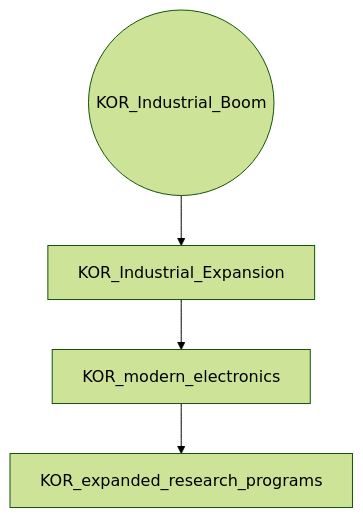
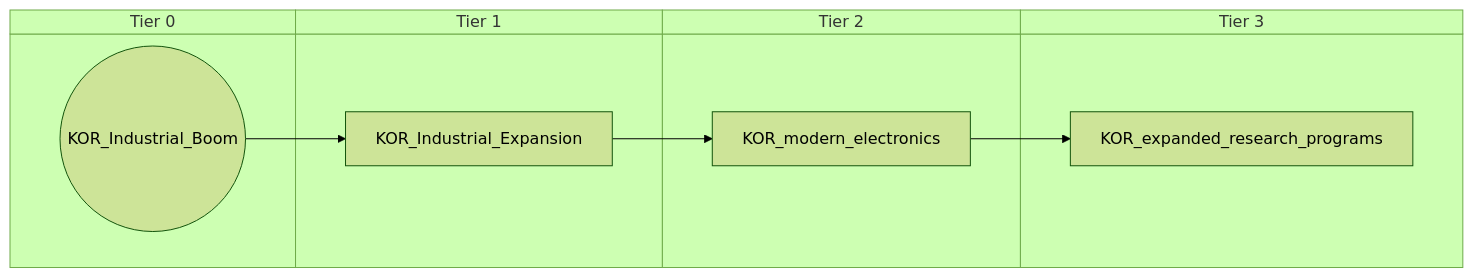
Before and after one commit to evgeny-sobol/hoi4-sandbox-mode-r56: the first of 7 diagrams in docs/gdd/National Focuses/korea.md, drawn with Mermaid (forest theme). The commit also changed other lines of this file and 423 other files, not shown here.

First line of the commit message:
Re-export Rt56 focus trees as swimlane diagrams

````diff
--- a/docs/gdd/National Focuses/korea.md
+++ b/docs/gdd/National Focuses/korea.md
@@ -3,10 +3,18 @@
 ```mermaid
-flowchart TD
-    n1(("KOR_Industrial_Boom"))
-    n2["KOR_Industrial_Expansion"]
-    n3["KOR_expanded_research_programs"]
-    n4["KOR_modern_electronics"]
+swimlane-beta TD
+    subgraph tier_0["Tier 0"]
+        n1(("KOR_Industrial_Boom"))
+    end
+    subgraph tier_1["Tier 1"]
+        n2["KOR_Industrial_Expansion"]
+    end
+    subgraph tier_2["Tier 2"]
+        n3["KOR_modern_electronics"]
+    end
+    subgraph tier_3["Tier 3"]
+        n4["KOR_expanded_research_programs"]
+    end
     n1 --> n2
-    n4 --> n3
-    n2 --> n4
+    n3 --> n4
+    n2 --> n3
 ```
````
